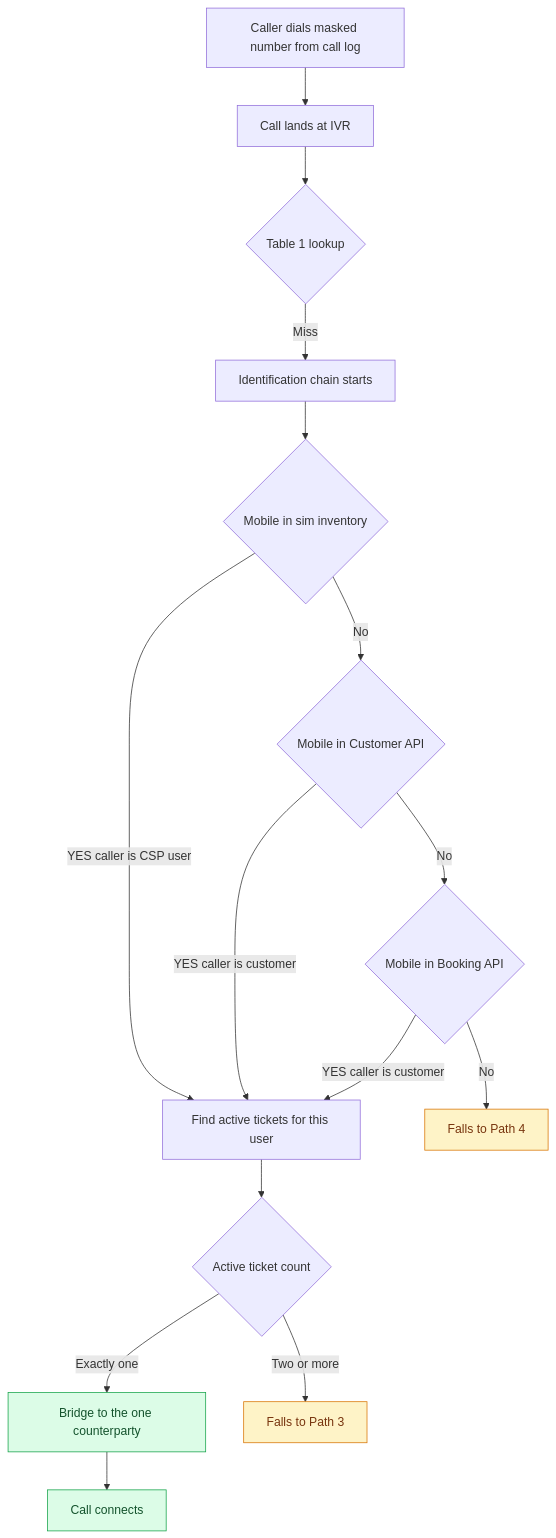
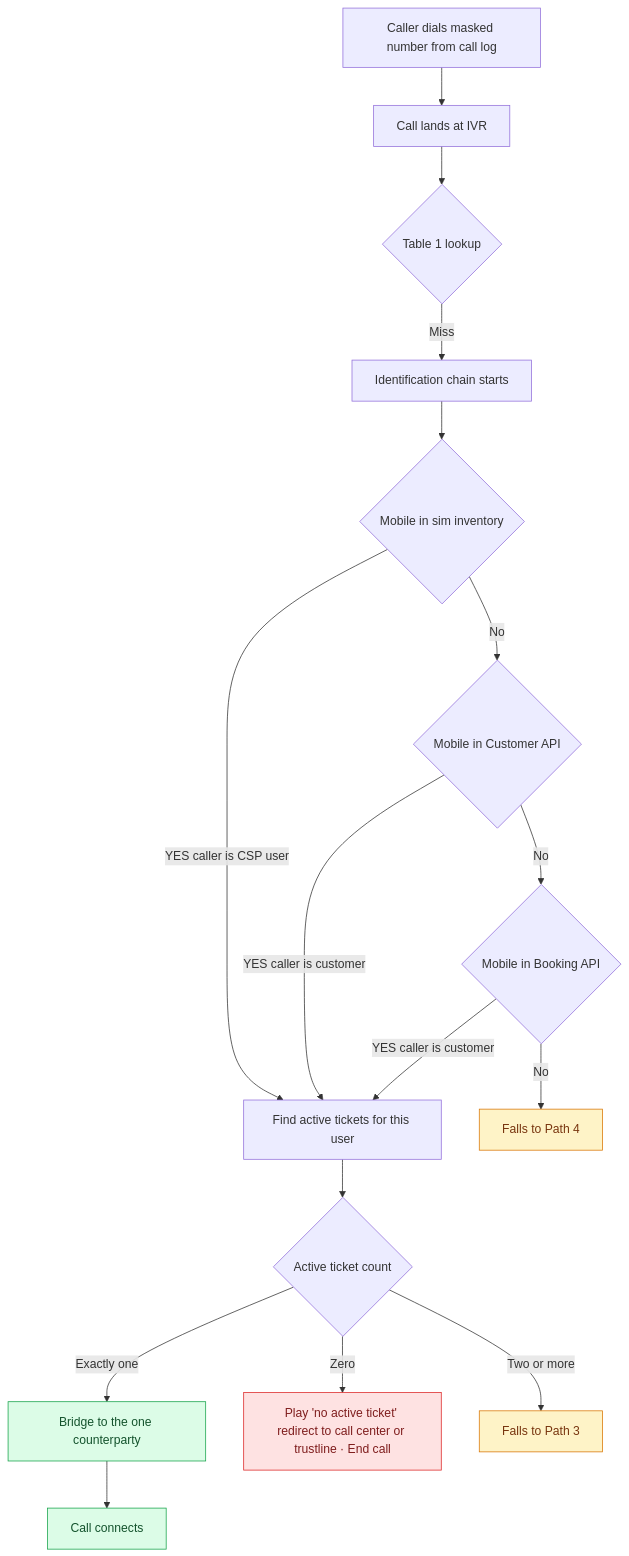
Before and after one commit to ashish-raj-wiom/IVR-Routing-Solutioning: the diagram in diagrams/src/path2.mmd, drawn with Mermaid. The commit also changed 8 other files, not shown here.

```diff
--- a/diagrams/src/path2.mmd
+++ b/diagrams/src/path2.mmd
@@ -1,20 +1,23 @@
 flowchart TD
     A[Caller dials masked number from call log] --> B[Call lands at IVR]
     B --> C{Table 1 lookup}
     C -->|Miss| D[Identification chain starts]
     D --> S1{Mobile in sim inventory}
     S1 -->|YES caller is CSP user| Find[Find active tickets for this user]
     S1 -->|No| S2{Mobile in Customer API}
     S2 -->|YES caller is customer| Find
     S2 -->|No| S3{Mobile in Booking API}
     S3 -->|YES caller is customer| Find
     S3 -->|No| P4[Falls to Path 4]
     Find --> Count{Active ticket count}
     Count -->|Exactly one| Bridge[Bridge to the one counterparty]
+    Count -->|Zero| Dead[Play 'no active ticket' redirect to call center or trustline · End call]
     Count -->|Two or more| P3[Falls to Path 3]
     Bridge --> Done[Call connects]
 
     classDef good fill:#dcfce7,stroke:#16a34a,color:#14532d
+    classDef bad fill:#fee2e2,stroke:#dc2626,color:#7f1d1d
     classDef warn fill:#fef3c7,stroke:#d97706,color:#78350f
     class Bridge,Done good
+    class Dead bad
     class P3,P4 warn
```
